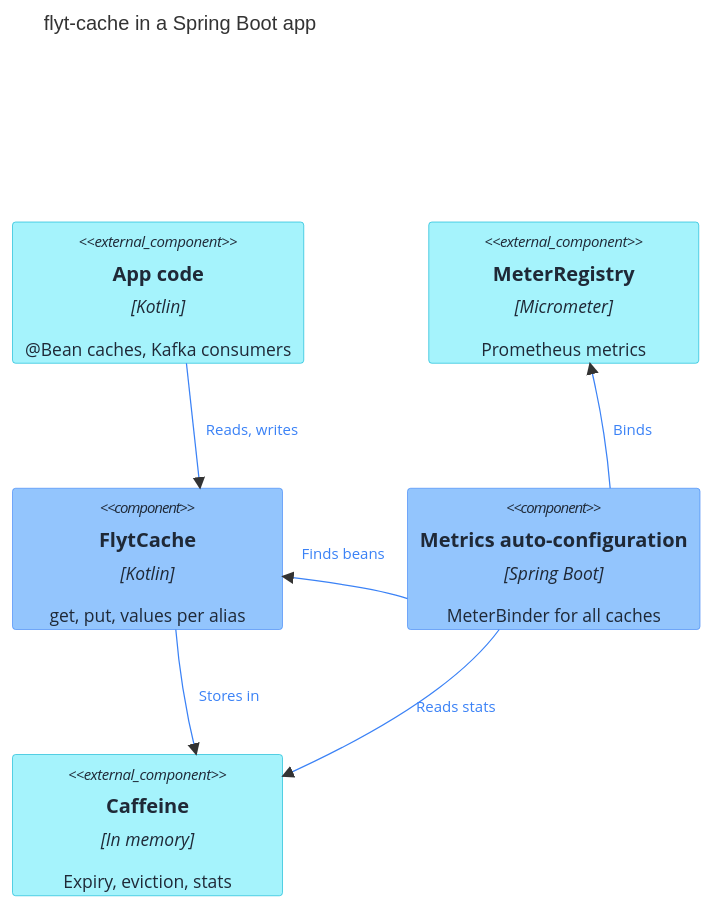
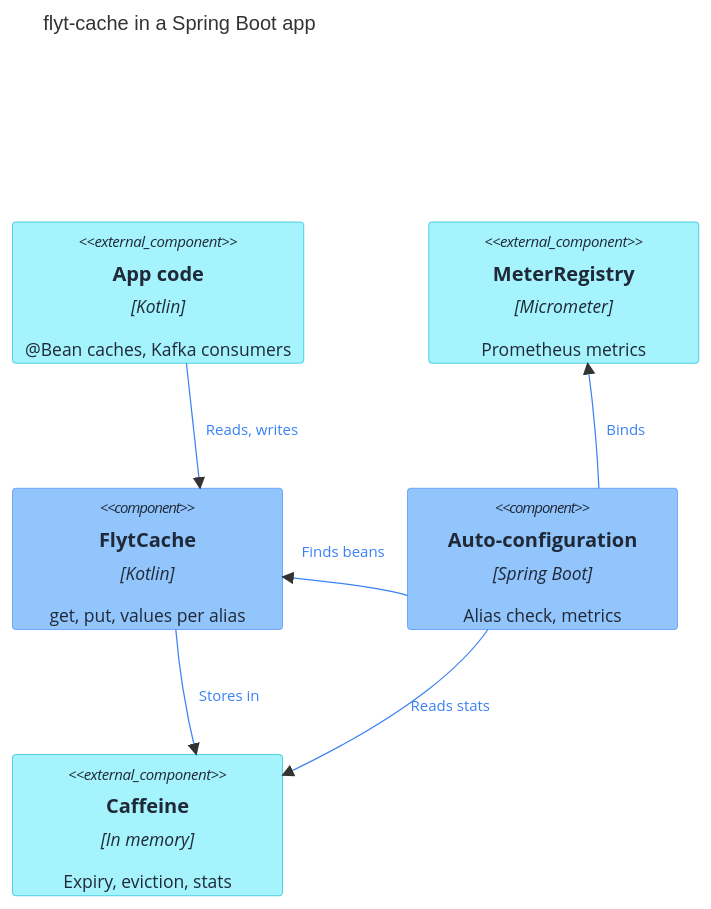
The diagram in docs/architecture.md (FINTLabs/fint-flyt-cache), drawn with Mermaid before and after one commit. The commit also changed other lines of this file and 5 other files, not shown here.

````diff
--- a/docs/architecture.md
+++ b/docs/architecture.md
@@ -9,28 +9,28 @@
 ```mermaid
 C4Component
     title flyt-cache in a Spring Boot app
 
     Component_Ext(app, "App code", "Kotlin", "@Bean caches, Kafka consumers")
     Component_Ext(registry, "MeterRegistry", "Micrometer", "Prometheus metrics")
     Component(cache, "FlytCache", "Kotlin", "get, put, values per alias")
-    Component(metrics, "Metrics auto-configuration", "Spring Boot", "MeterBinder for all caches")
+    Component(metrics, "Auto-configuration", "Spring Boot", "Alias check, metrics")
     Component_Ext(caffeine, "Caffeine", "In memory", "Expiry, eviction, stats")
 
     Rel(app, cache, "Reads, writes")
     Rel(cache, caffeine, "Stores in")
     Rel(metrics, cache, "Finds beans")
     Rel(metrics, registry, "Binds")
     Rel(metrics, caffeine, "Reads stats")
 
     UpdateRelStyle(app, cache, $textColor="#3B82F6", $lineColor="#3B82F6", $offsetX="10")
     UpdateRelStyle(cache, caffeine, $textColor="#3B82F6", $lineColor="#3B82F6", $offsetX="10")
     UpdateRelStyle(metrics, cache, $textColor="#3B82F6", $lineColor="#3B82F6", $offsetX="-35", $offsetY="-30")
     UpdateRelStyle(metrics, registry, $textColor="#3B82F6", $lineColor="#3B82F6", $offsetX="10")
     UpdateRelStyle(metrics, caffeine, $textColor="#3B82F6", $lineColor="#3B82F6", $offsetX="20")
     UpdateElementStyle(cache, $bgColor="#93C5FD", $fontColor="#1F2937", $borderColor="#3B82F6")
     UpdateElementStyle(metrics, $bgColor="#93C5FD", $fontColor="#1F2937", $borderColor="#3B82F6")
     UpdateElementStyle(app, $bgColor="#A5F3FC", $fontColor="#1F2937", $borderColor="#06B6D4")
     UpdateElementStyle(registry, $bgColor="#A5F3FC", $fontColor="#1F2937", $borderColor="#06B6D4")
     UpdateElementStyle(caffeine, $bgColor="#A5F3FC", $fontColor="#1F2937", $borderColor="#06B6D4")
     UpdateLayoutConfig($c4ShapeInRow="2", $c4BoundaryInRow="1")
 ```
````
